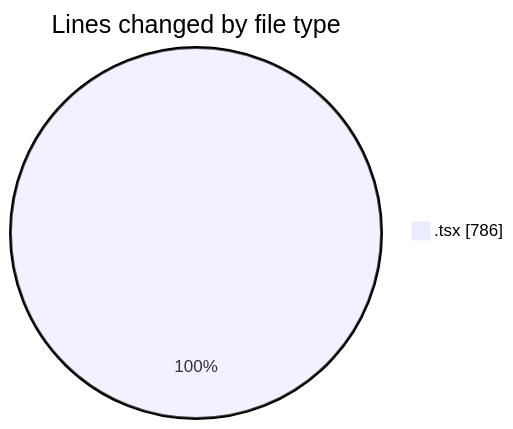
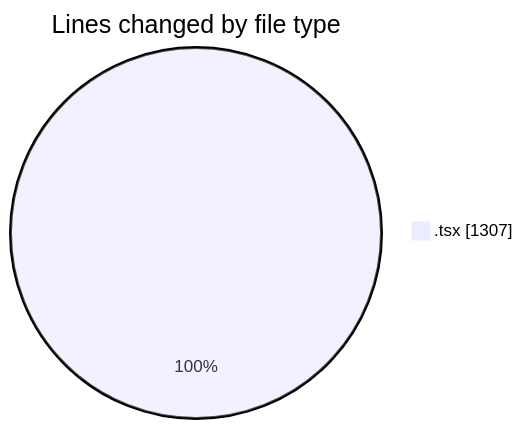
One commit to nxtqubesakshisongat/code-tracking changed the first of 2 diagrams in 2026-07-24/nxtqube_webapp/README.md. Above: the diagram before and after it, drawn with Mermaid. The commit also changed other lines of this file and 1 other file, not shown here.

````diff
--- a/2026-07-24/nxtqube_webapp/README.md
+++ b/2026-07-24/nxtqube_webapp/README.md
@@ -22,5 +23,5 @@
 ```mermaid
 pie showData
 title Lines changed by file type
-".tsx" : 786
+".tsx" : 1307
 ```
````
